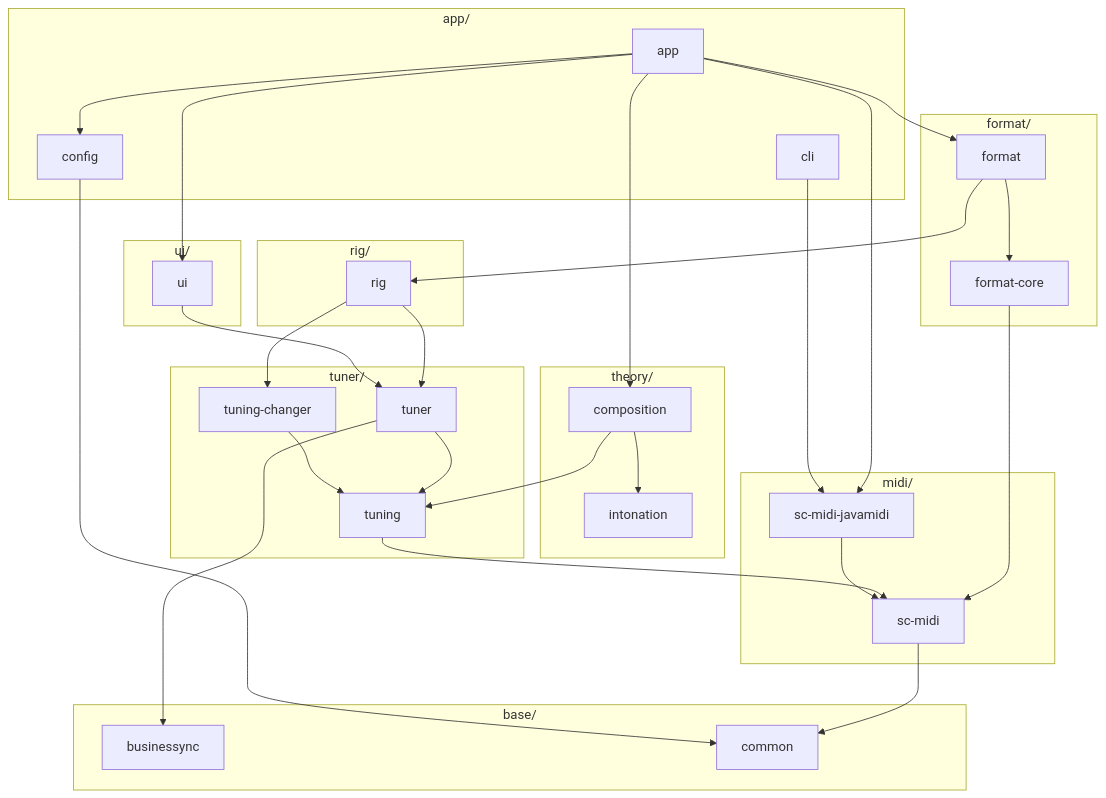
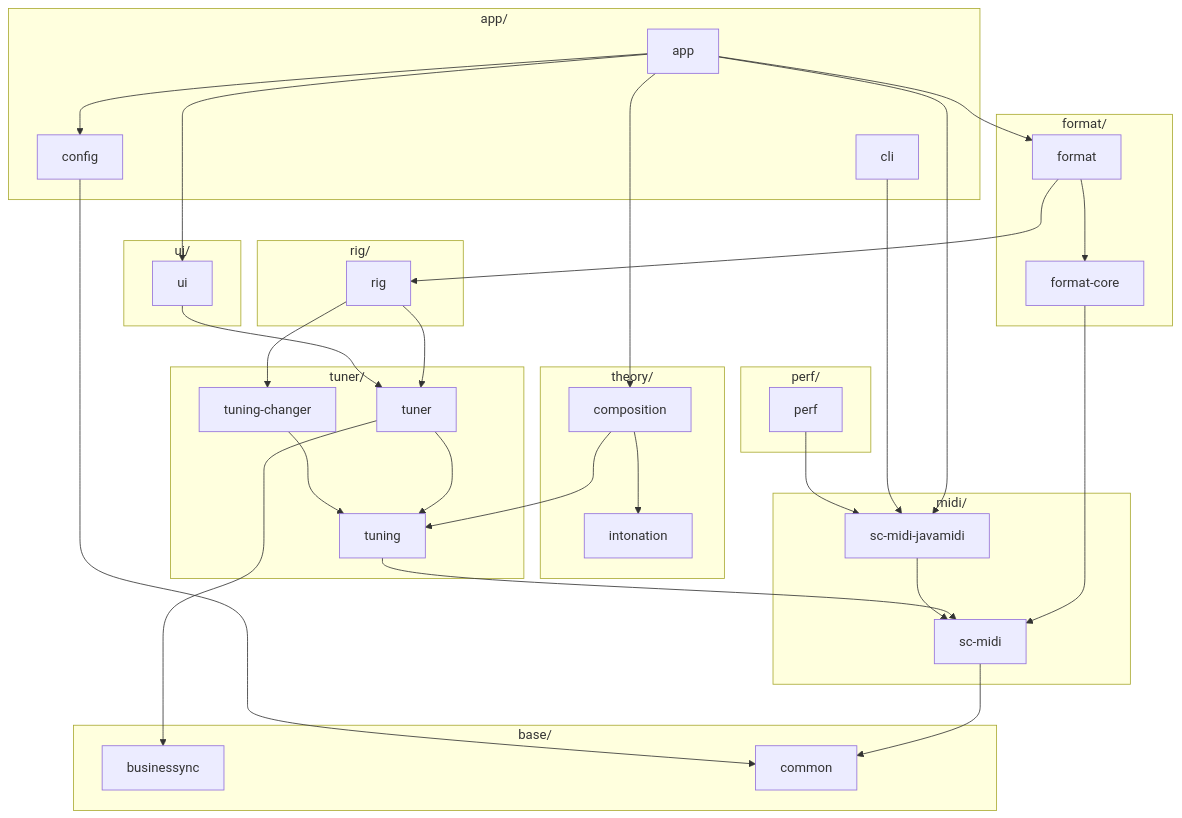
One commit to calinburloiu/microtonalist changed the diagram in docs/architecture/module-overview.md. Above: the diagram before and after it, drawn with Mermaid. The commit also changed other lines of this file and 8 other files, not shown here.

````diff
--- a/docs/architecture/module-overview.md
+++ b/docs/architecture/module-overview.md
@@ -50,48 +52,52 @@
 ```mermaid
 flowchart TD
   subgraph appGroup ["app/"]
     app
     config
     cli
+  end
+  subgraph perfGroup ["perf/"]
+    perf
   end
   subgraph uiGroup ["ui/"]
     ui
   end
   subgraph formatGroup ["format/"]
     format
     formatCore["format-core"]
   end
   subgraph rigGroup ["rig/"]
     rig
   end
   subgraph theoryGroup ["theory/"]
     composition
     intonation
   end
   subgraph tunerGroup ["tuner/"]
     tuner
     tuningChanger["tuning-changer"]
     tuning
   end
   subgraph midiGroup ["midi/"]
     scMidiJavamidi["sc-midi-javamidi"]
     scMidi["sc-midi"]
   end
   subgraph baseGroup ["base/"]
     businessync
     common
   end
   app --> config & ui & format & composition & scMidiJavamidi
   format --> formatCore & rig
   formatCore --> scMidi
   composition --> intonation & tuning
   rig --> tuner & tuningChanger
   ui --> tuner
   tuner --> tuning & businessync
   tuningChanger --> tuning
   tuning --> scMidi
   cli --> scMidiJavamidi
+  perf --> scMidiJavamidi
   scMidiJavamidi --> scMidi
   scMidi --> common
   config --> common
 ```
````
